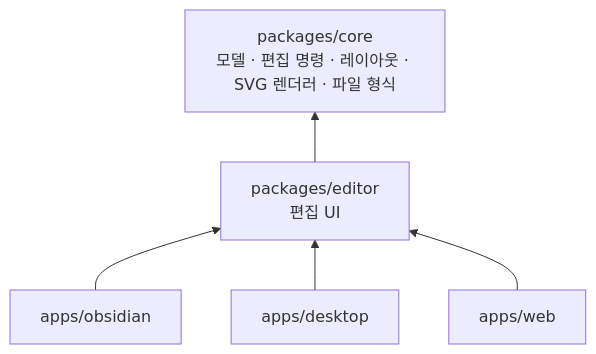
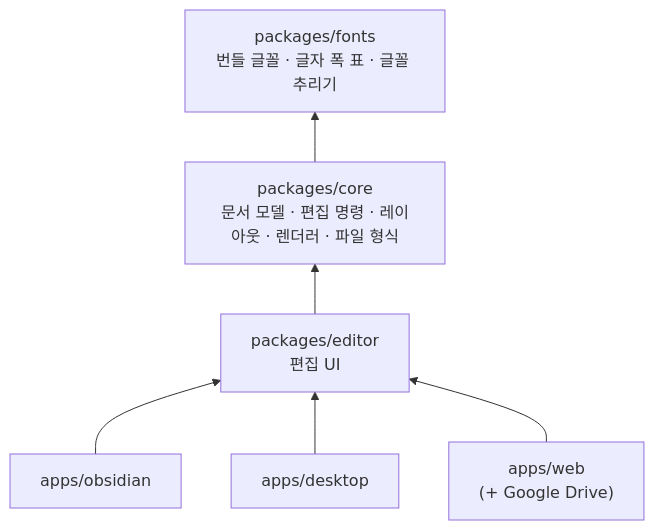
One commit to reddiana/AriadneNSD changed the second of 5 diagrams in docs/03-architecture/03-architecture.md. Above: the diagram before and after it, drawn with Mermaid. The commit also changed other lines of this file and 4 other files, not shown here.

````diff
--- a/docs/03-architecture/03-architecture.md
+++ b/docs/03-architecture/03-architecture.md
@@ -58,12 +73,14 @@
 ```mermaid
 flowchart BT
-    core["packages/core<br/>모델 · 편집 명령 · 레이아웃 · SVG 렌더러 · 파일 형식"]
+    fonts["packages/fonts<br/>번들 글꼴 · 글자 폭 표 · 글꼴 추리기"]
+    core["packages/core<br/>문서 모델 · 편집 명령 · 레이아웃 · 렌더러 · 파일 형식"]
     editor["packages/editor<br/>편집 UI"]
     obsidian["apps/obsidian"]
     desktop["apps/desktop"]
-    web["apps/web"]
+    web["apps/web<br/>(+ Google Drive)"]
+    core --> fonts
     editor --> core
     obsidian --> editor
     desktop --> editor
     web --> editor
 ```
````
